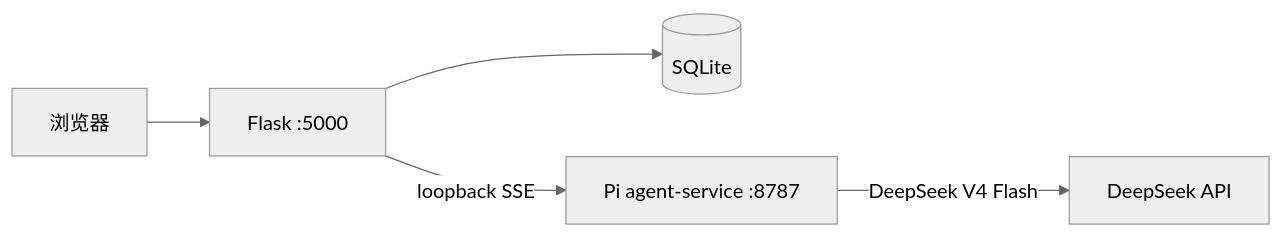
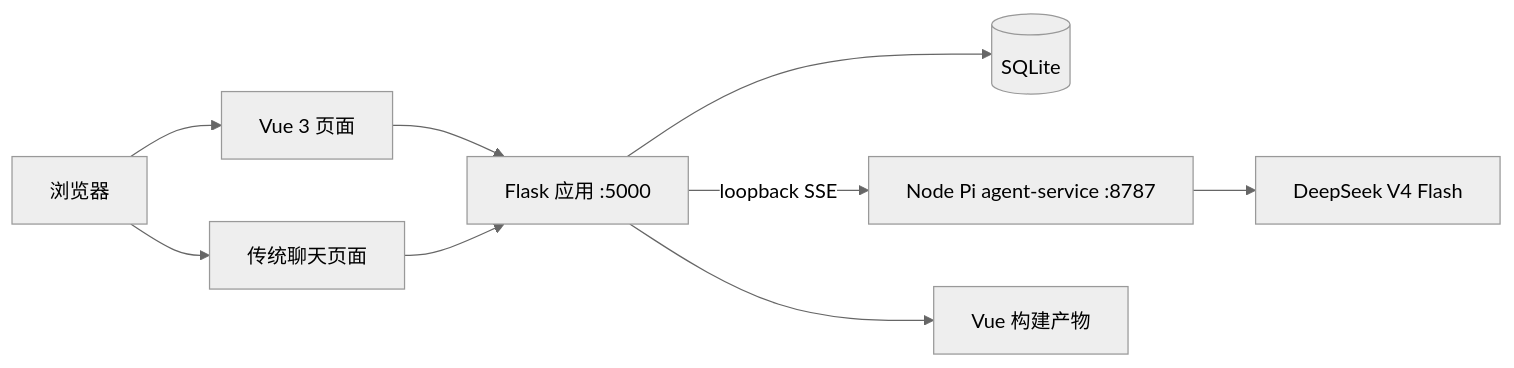
Before and after one commit to Tilams-stu/Lingxinxiaokai: the diagram in README.md, drawn with Mermaid (neutral theme). The commit also changed other lines of this file, not shown here.

````diff
--- a/README.md
+++ b/README.md
@@ -7,7 +34,11 @@
 ```mermaid
 flowchart LR
-  B[浏览器] --> F[Flask :5000]
-  F --> S[(SQLite)]
-  F -->|loopback SSE| P[Pi agent-service :8787]
-  P -->|DeepSeek V4 Flash| D[DeepSeek API]
+    Browser["浏览器"] --> Vue["Vue 3 页面"]
+    Browser --> Legacy["传统聊天页面"]
+    Vue --> Flask["Flask 应用 :5000"]
+    Legacy --> Flask
+    Flask --> SQLite[("SQLite")]
+    Flask -->|"loopback SSE"| Pi["Node Pi agent-service :8787"]
+    Pi --> DeepSeek["DeepSeek V4 Flash"]
+    Flask --> Dist["Vue 构建产物"]
 ```
````
